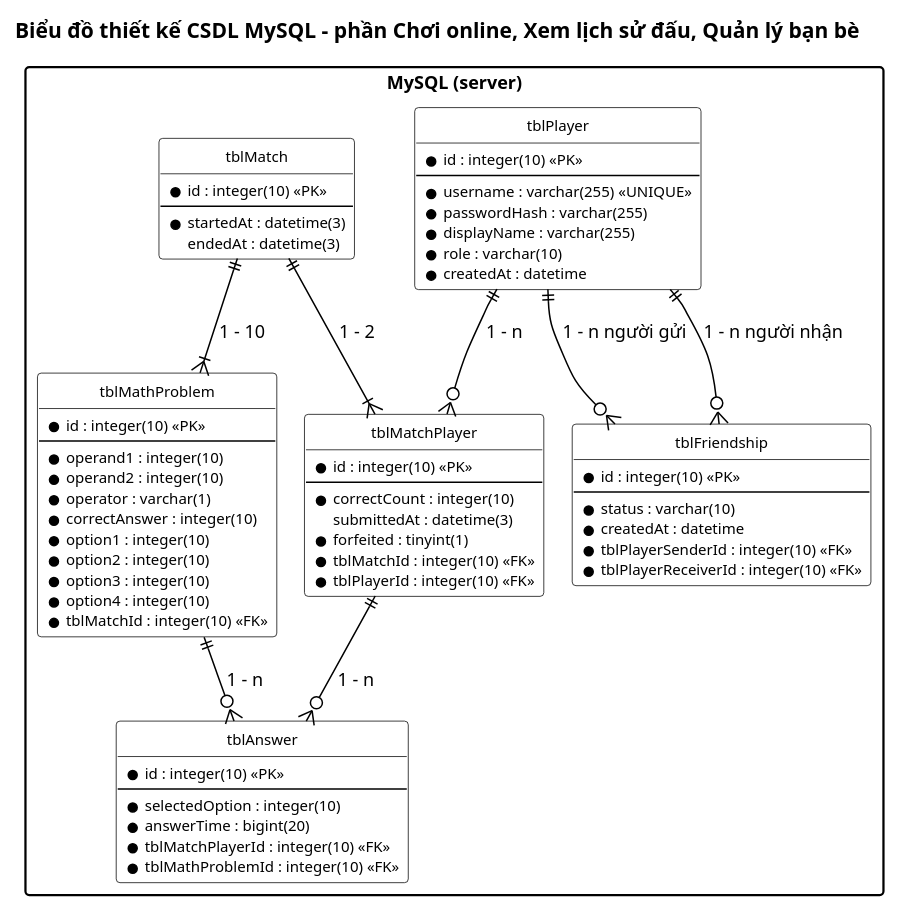
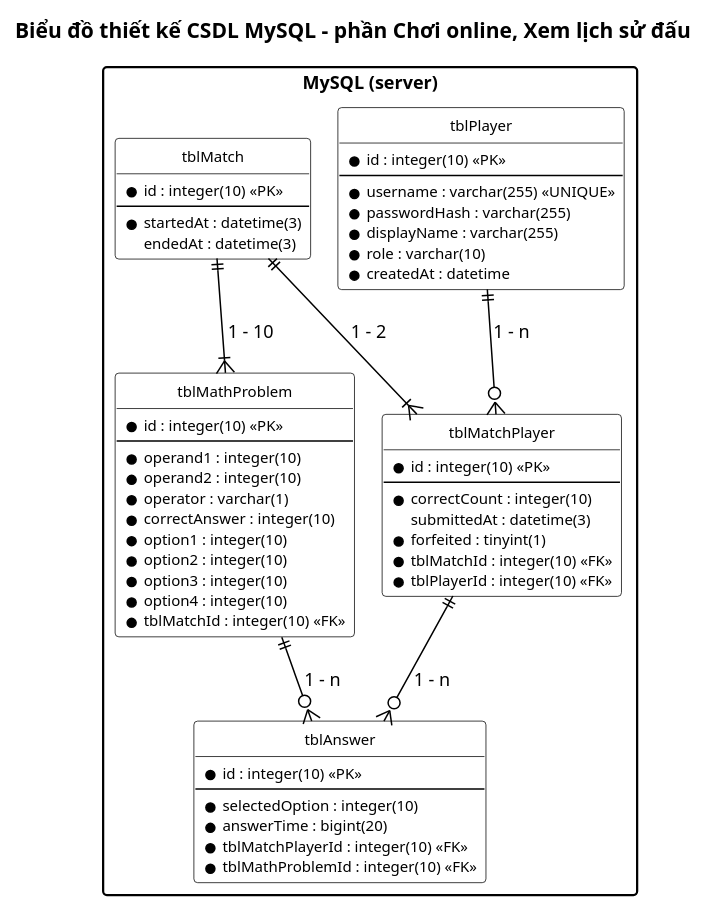
One commit to HungNguyenBa1811/math-dash changed the diagram in docs/hung/csdl-mysql.puml. Above: the diagram before and after it, drawn with PlantUML. The commit also changed 32 other files, not shown here.

First line of the commit message:
docs(M3,M4): bỏ Quản lý bạn bè khỏi báo cáo của Hùng, bỏ bản nháp tuần tự gộp

```diff
--- a/docs/hung/csdl-mysql.puml
+++ b/docs/hung/csdl-mysql.puml
@@ -1,83 +1,73 @@
 @startuml csdl-mysql
 !pragma layout smetana
 ' === VP Base Theme v2 ===
 skinparam defaultFontName "Segoe UI"
 skinparam defaultFontSize 12
 skinparam shadowing false
 skinparam arrowColor #000000
 skinparam lineColor #000000
 hide circle
 skinparam class {
   BackgroundColor #FFFFFF
   BorderColor #000000
   FontSize 11
   AttributeFontSize 10
 }
 skinparam packageStyle rectangle
-title Biểu đồ thiết kế CSDL MySQL – phần Chơi online, Xem lịch sử đấu, Quản lý bạn bè
+title Biểu đồ thiết kế CSDL MySQL – phần Chơi online, Xem lịch sử đấu
 
 package "MySQL (server)" {
   entity "tblPlayer" as SP {
     * id : integer(10) <<PK>>
     --
     * username : varchar(255) <<UNIQUE>>
     * passwordHash : varchar(255)
     * displayName : varchar(255)
     * role : varchar(10)
     * createdAt : datetime
   }
   entity "tblMatch" as SM {
     * id : integer(10) <<PK>>
     --
     * startedAt : datetime(3)
     endedAt : datetime(3)
   }
   entity "tblMathProblem" as SQ {
     * id : integer(10) <<PK>>
     --
     * operand1 : integer(10)
     * operand2 : integer(10)
     * operator : varchar(1)
     * correctAnswer : integer(10)
     * option1 : integer(10)
     * option2 : integer(10)
     * option3 : integer(10)
     * option4 : integer(10)
     * tblMatchId : integer(10) <<FK>>
   }
   entity "tblMatchPlayer" as SMP {
     * id : integer(10) <<PK>>
     --
     * correctCount : integer(10)
     submittedAt : datetime(3)
     * forfeited : tinyint(1)
     * tblMatchId : integer(10) <<FK>>
     * tblPlayerId : integer(10) <<FK>>
   }
   entity "tblAnswer" as SA {
     * id : integer(10) <<PK>>
     --
     * selectedOption : integer(10)
     * answerTime : bigint(20)
     * tblMatchPlayerId : integer(10) <<FK>>
     * tblMathProblemId : integer(10) <<FK>>
   }
-  entity "tblFriendship" as SF {
-    * id : integer(10) <<PK>>
-    --
-    * status : varchar(10)
-    * createdAt : datetime
-    * tblPlayerSenderId : integer(10) <<FK>>
-    * tblPlayerReceiverId : integer(10) <<FK>>
-  }
 }
 
 
 SM ||--|{ SMP : "1 - 2"
 SM ||--|{ SQ : "1 - 10"
 SP ||--o{ SMP : "1 - n"
 SMP ||--o{ SA : "1 - n"
 SQ ||--o{ SA : "1 - n"
-SP ||--o{ SF : "1 - n người gửi"
-SP ||--o{ SF : "1 - n người nhận"
 @enduml
```
